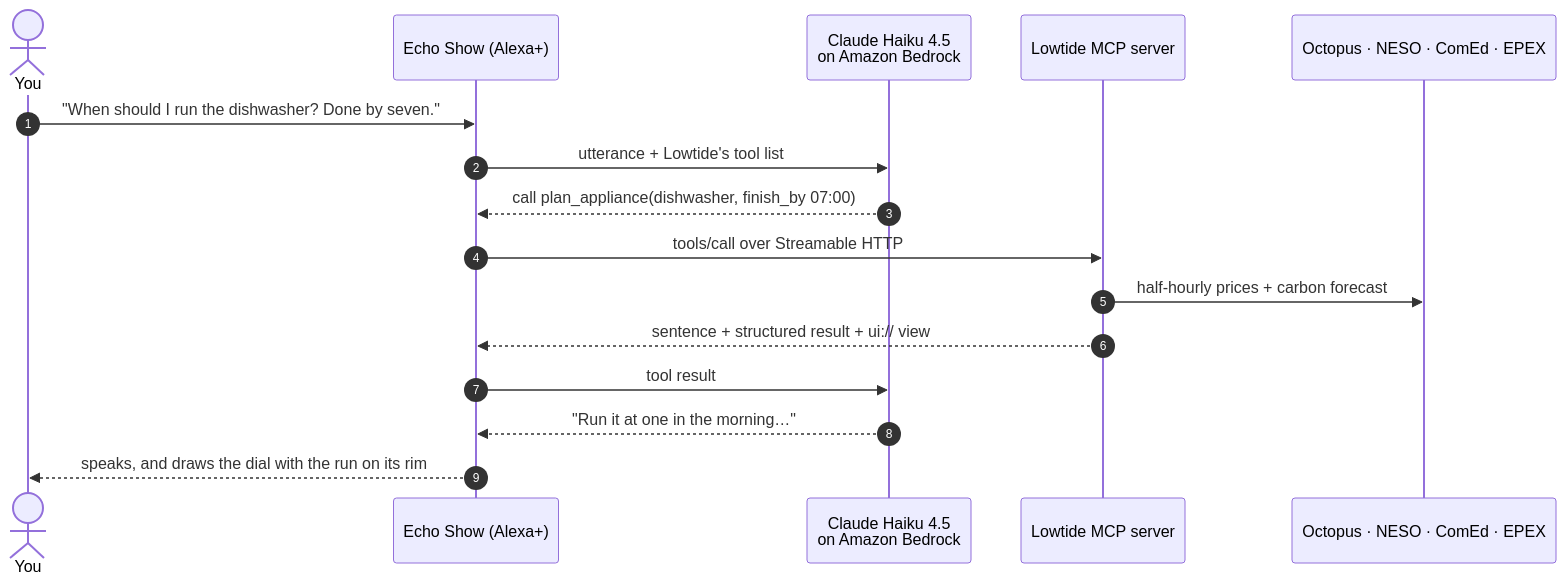
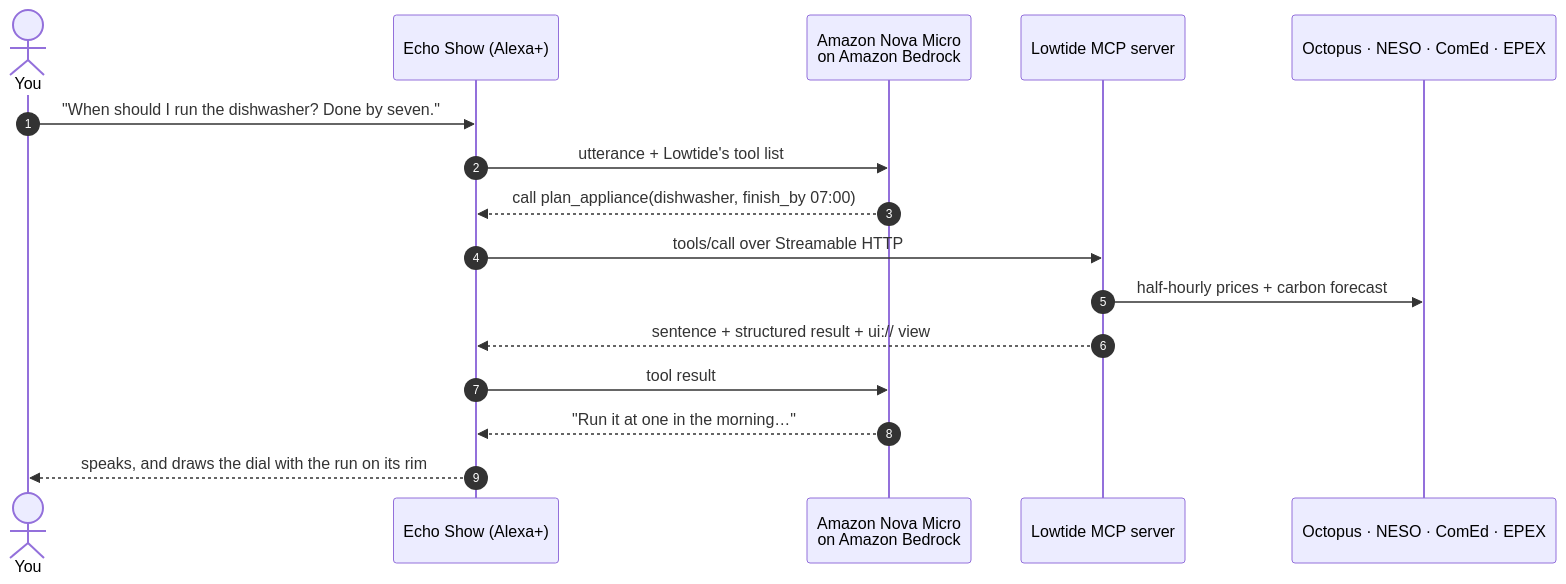
One commit to RohanGlitched/lowtide changed the first of 2 diagrams in README.md. Above: the diagram before and after it, drawn with Mermaid. The commit also changed other lines of this file and 4 other files, not shown here.

Commit message:
Docs: Amazon Nova Micro on Bedrock in Sydney, signed requests; friction log entry on Bedrock API keys blocked by an SCP

````diff
--- a/README.md
+++ b/README.md
@@ -78,18 +78,18 @@
 ```mermaid
 sequenceDiagram
     autonumber
     actor You
     participant Echo as Echo Show (Alexa+)
-    participant Model as Claude Haiku 4.5<br/>on Amazon Bedrock
+    participant Model as Amazon Nova Micro<br/>on Amazon Bedrock
     participant MCP as Lowtide MCP server
     participant Feeds as Octopus · NESO · ComEd · EPEX
     You->>Echo: "When should I run the dishwasher? Done by seven."
     Echo->>Model: utterance + Lowtide's tool list
     Model-->>Echo: call plan_appliance(dishwasher, finish_by 07:00)
     Echo->>MCP: tools/call over Streamable HTTP
     MCP->>Feeds: half-hourly prices + carbon forecast
     MCP-->>Echo: sentence + structured result + ui:// view
     Echo->>Model: tool result
     Model-->>Echo: "Run it at one in the morning…"
     Echo-->>You: speaks, and draws the dial with the run on its rim
 ```
````
